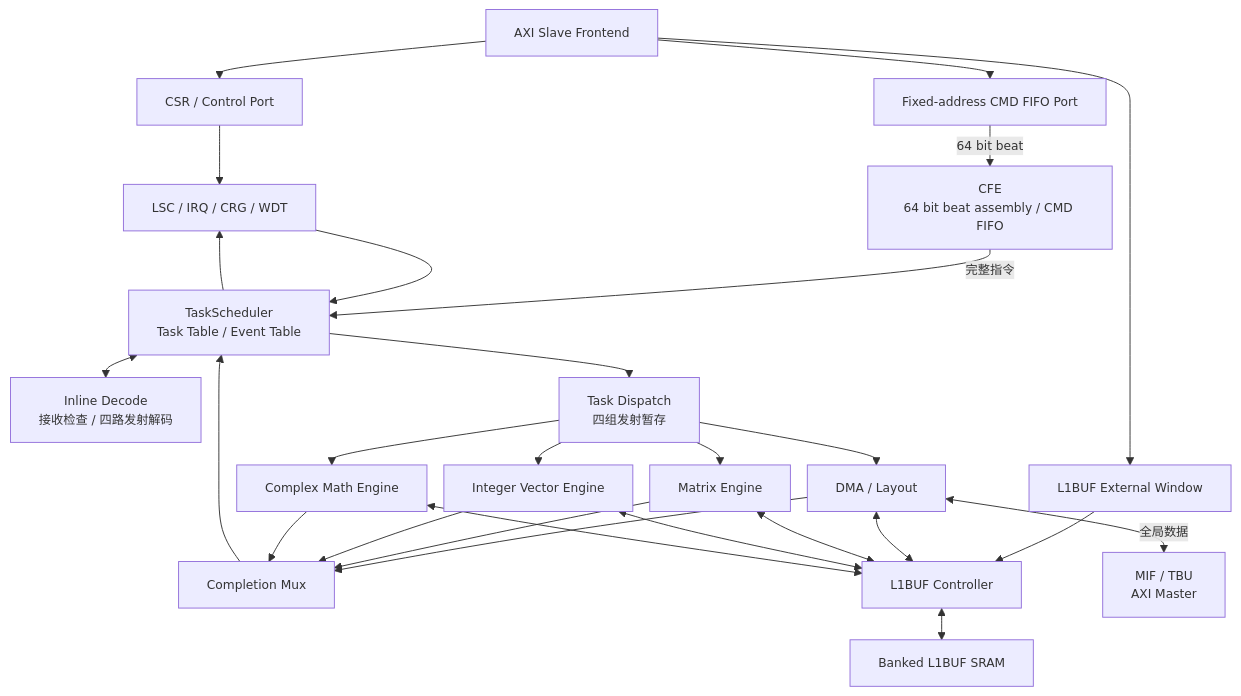
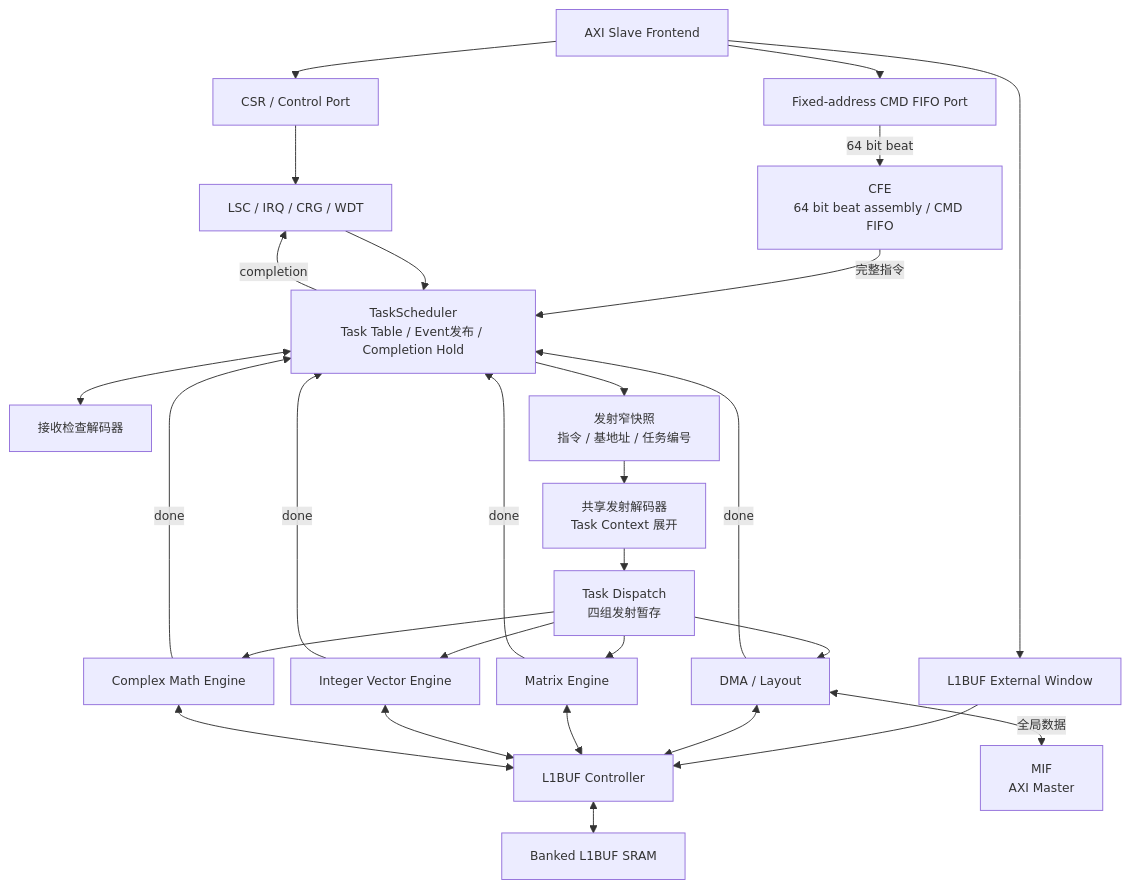
The third of 19 diagrams in NPU/NPU 指令与硬件架构设计 Spec.md (Little-W/Obsidian), drawn with Mermaid before and after one commit. The commit also changed other lines of this file and 90 other files, not shown here.

````diff
--- a/NPU/NPU 指令与硬件架构设计 Spec.md
+++ b/NPU/NPU 指令与硬件架构设计 Spec.md
@@ -402,45 +402,47 @@
 ```mermaid
 %%{init: {"flowchart": {"useMaxWidth": true, "nodeSpacing": 18, "rankSpacing": 24}, "themeVariables": {"fontSize": "13px"}}}%%
 flowchart TB
     AXIS["AXI Slave Frontend"]
     CSR["CSR / Control Port"]
     CMD["Fixed-address CMD FIFO Port"]
     HOSTL1["L1BUF External Window"]
     CFE["CFE<br/>64 bit beat assembly / CMD FIFO"]
-    TS["TaskScheduler<br/>Task Table / Event Table"]
-    DEC["Inline Decode<br/>接收检查 / 四路发射解码"]
+    TS["TaskScheduler<br/>Task Table / Event发布 / Completion Hold"]
+    CHECK["接收检查解码器"]
+    SNAP["发射窄快照<br/>指令 / 基地址 / 任务编号"]
+    DEC["共享发射解码器<br/>Task Context 展开"]
     DISP["Task Dispatch<br/>四组发射暂存"]
     DMA["DMA / Layout"]
     ME["Matrix Engine"]
     IVE["Integer Vector Engine"]
     CME["Complex Math Engine"]
-    DONE["Completion Mux"]
     L1C["L1BUF Controller"]
     SRAM["Banked L1BUF SRAM"]
-    MIF["MIF / TBU<br/>AXI Master"]
+    MIF["MIF<br/>AXI Master"]
     LSC["LSC / IRQ / CRG / WDT"]
 
     AXIS --> CSR --> LSC
     AXIS --> CMD -->|"64 bit beat"| CFE
     AXIS --> HOSTL1 --> L1C
     CFE -->|"完整指令"| TS
-    TS <--> DEC
-    TS --> DISP
+    TS <--> CHECK
+    TS --> SNAP
+    SNAP --> DEC
+    DEC --> DISP
     DISP --> DMA
     DISP --> ME
     DISP --> IVE
     DISP --> CME
     DMA <--> L1C
     ME <--> L1C
     IVE <--> L1C
     CME <--> L1C
     L1C <--> SRAM
     DMA <-->|"全局数据"| MIF
-    DMA --> DONE
-    ME --> DONE
-    IVE --> DONE
-    CME --> DONE
-    DONE --> TS
-    TS --> LSC
+    DMA -->|"done"| TS
+    ME -->|"done"| TS
+    IVE -->|"done"| TS
+    CME -->|"done"| TS
+    TS -->|"completion"| LSC
     LSC --> TS
 ```
````
